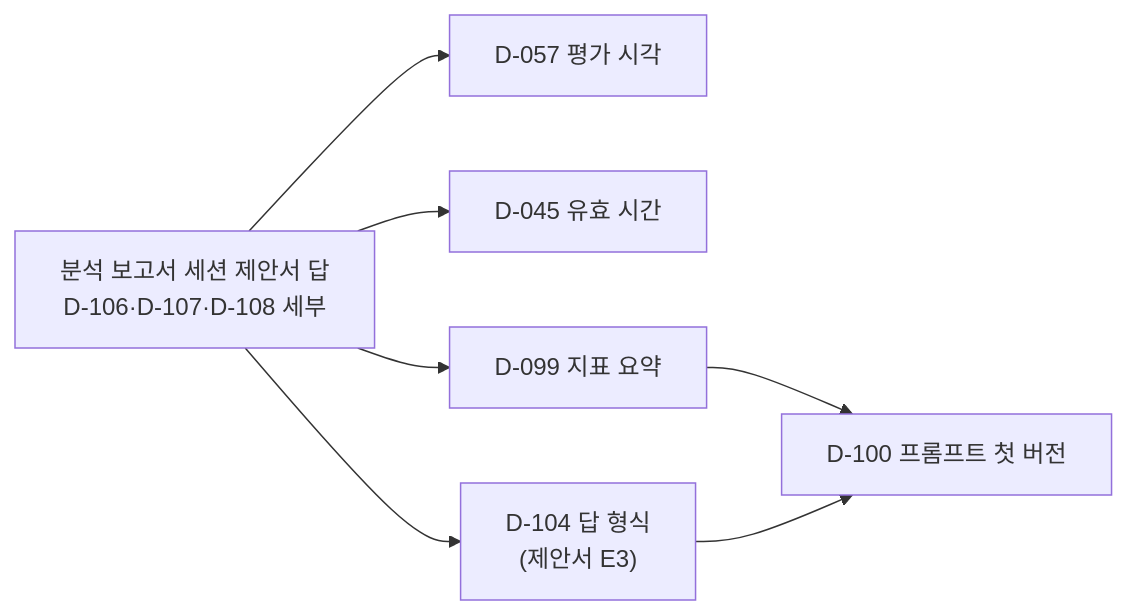
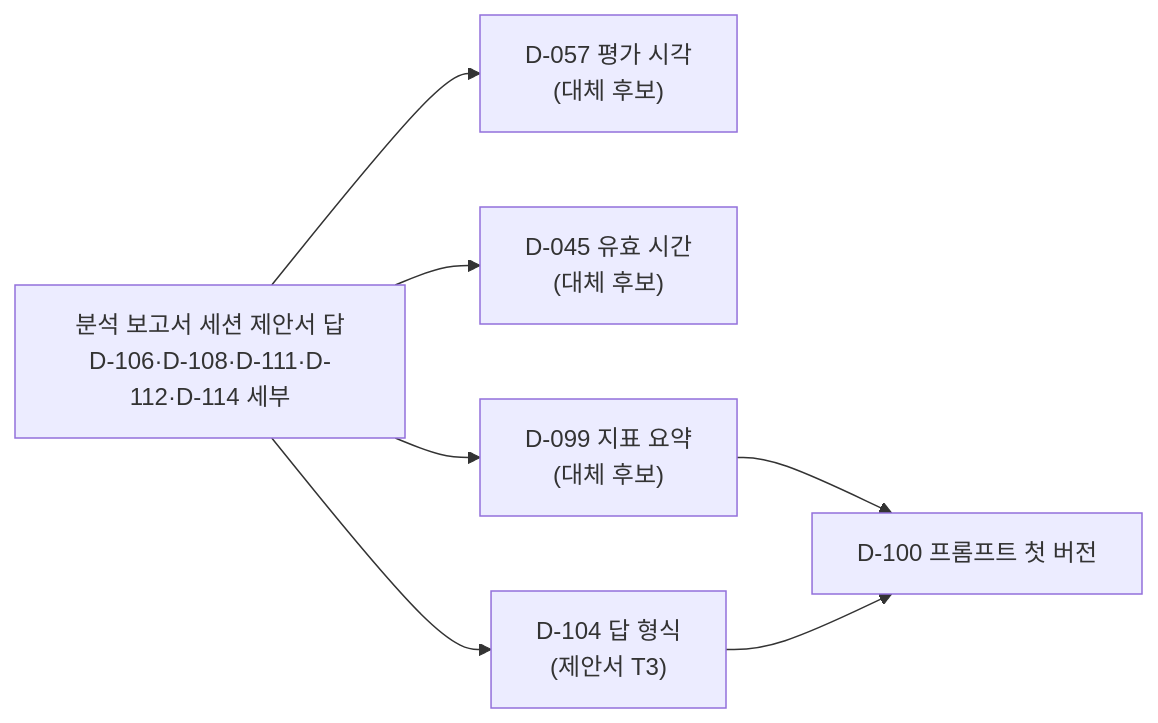
Before and after one commit to khy920723/upbit-autotrader: the diagram in docs/03-functional/stage4-decisions.md, drawn with Mermaid. The commit also changed other lines of this file and 28 other files, not shown here.

First line of the commit message:
docs: 제안서 답 기록(D-109~D-114)·기반 결정 확정(D-041·D-042·D-044)과 예상·결과 보고서 순환 제안서 (#33)

````diff
--- a/docs/03-functional/stage4-decisions.md
+++ b/docs/03-functional/stage4-decisions.md
@@ -49,9 +58,9 @@
 ```mermaid
 flowchart LR
-    PQ["분석 보고서 세션 제안서 답<br/>D-106·D-107·D-108 세부"] --> D057[D-057 평가 시각]
-    PQ --> D045[D-045 유효 시간]
-    PQ --> D099[D-099 지표 요약]
-    PQ --> D104["D-104 답 형식<br/>(제안서 E3)"]
+    PQ["분석 보고서 세션 제안서 답<br/>D-106·D-108·D-111·D-112·D-114 세부"] --> D057["D-057 평가 시각<br/>(대체 후보)"]
+    PQ --> D045["D-045 유효 시간<br/>(대체 후보)"]
+    PQ --> D099["D-099 지표 요약<br/>(대체 후보)"]
+    PQ --> D104["D-104 답 형식<br/>(제안서 T3)"]
     D099 --> D100[D-100 프롬프트 첫 버전]
     D104 --> D100
 ```
````
